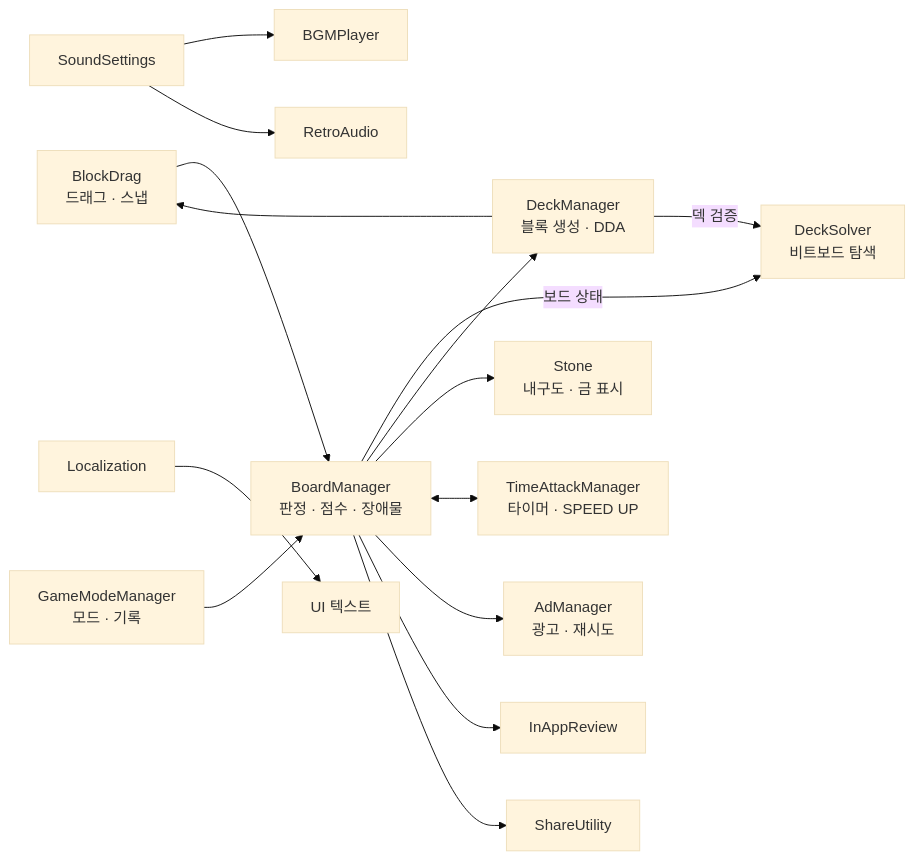
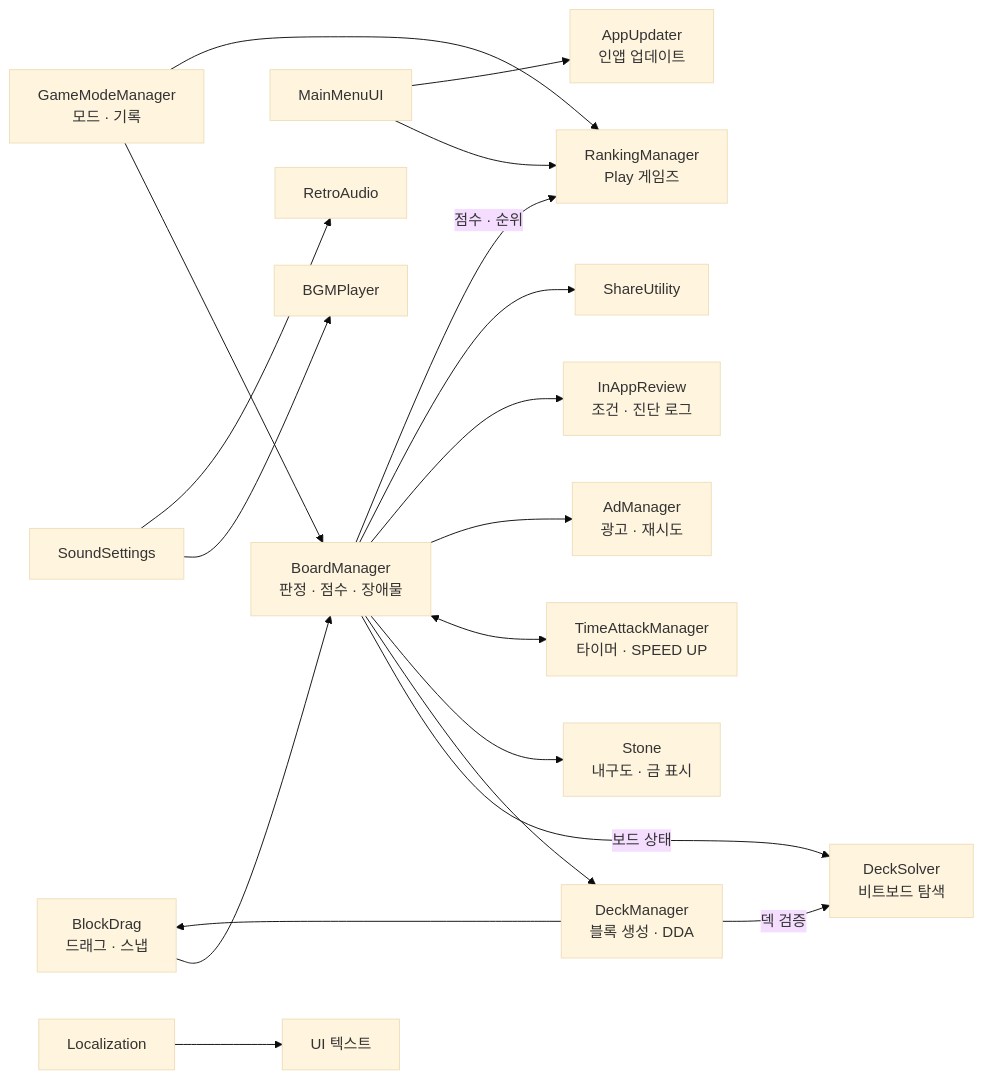
One commit to JiniNH/Grid64 changed the diagram in README.md. Above: the diagram before and after it, drawn with Mermaid (base theme). The commit also changed other lines of this file and 6 other files, not shown here.

````diff
--- a/README.md
+++ b/README.md
@@ -47,17 +49,21 @@
 ```mermaid
 flowchart LR
     Input[BlockDrag<br>드래그 · 스냅] --> Board[BoardManager<br>판정 · 점수 · 장애물]
     Deck[DeckManager<br>블록 생성 · DDA] --> Input
     Deck -->|덱 검증| Solver[DeckSolver<br>비트보드 탐색]
     Board -->|보드 상태| Solver
     Board --> Deck
     Board --> Stone[Stone<br>내구도 · 금 표시]
     Board <--> TA[TimeAttackManager<br>타이머 · SPEED UP]
     Board --> Ad[AdManager<br>광고 · 재시도]
-    Board --> Review[InAppReview]
+    Board --> Review[InAppReview<br>조건 · 진단 로그]
     Board --> Share[ShareUtility]
+    Board -->|점수 · 순위| Rank[RankingManager<br>Play 게임즈]
+    Menu[MainMenuUI] --> Rank
+    Menu --> Updater[AppUpdater<br>인앱 업데이트]
     Mode[GameModeManager<br>모드 · 기록] --> Board
+    Mode --> Rank
     Sound[SoundSettings] --> BGM[BGMPlayer]
     Sound --> SFX[RetroAudio]
     Loc[Localization] --> UI[UI 텍스트]
 ```
````
